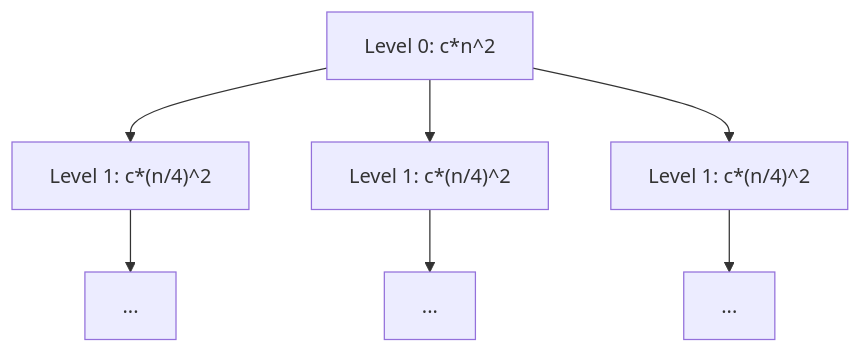
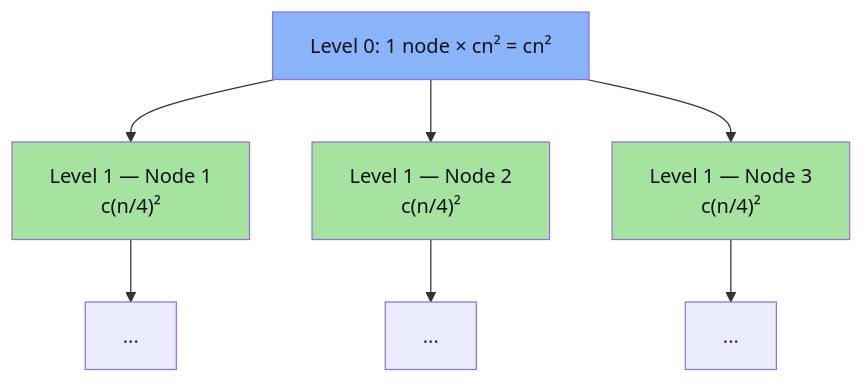
Before and after one commit to DeepLumiere/DeepSkills: the second of 6 diagrams in notes/design_and_analysis_of_algorithms/Unit_03_Recurrence_and_Divide_Conquer.md, drawn with Mermaid. The commit also changed other lines of this file and 1 other file, not shown here.

````diff
--- a/notes/design_and_analysis_of_algorithms/Unit_03_Recurrence_and_Divide_Conquer.md
+++ b/notes/design_and_analysis_of_algorithms/Unit_03_Recurrence_and_Divide_Conquer.md
@@ -564,17 +357,14 @@
 ```mermaid
-
 flowchart TD
-
-    Root["Level 0: c*n^2"] --> Child1["Level 1: c*(n/4)^2"]
-
-    Root --> Child2["Level 1: c*(n/4)^2"]
-
-    Root --> Child3["Level 1: c*(n/4)^2"]
-
-    Child1 --> L2_1["..."]
-
-    Child2 --> L2_2["..."]
-
-    Child3 --> L2_3["..."]
-
+    L0["Level 0: 1 node × cn² = cn²"]
+    L0 --> L1a["Level 1 — Node 1\nc(n/4)²"]
+    L0 --> L1b["Level 1 — Node 2\nc(n/4)²"]
+    L0 --> L1c["Level 1 — Node 3\nc(n/4)²"]
+    L1a --> L2a["..."]
+    L1b --> L2b["..."]
+    L1c --> L2c["..."]
+    style L0 fill:#89b4fa,color:#11111b
+    style L1a fill:#a6e3a1,color:#11111b
+    style L1b fill:#a6e3a1,color:#11111b
+    style L1c fill:#a6e3a1,color:#11111b
 ```
````
